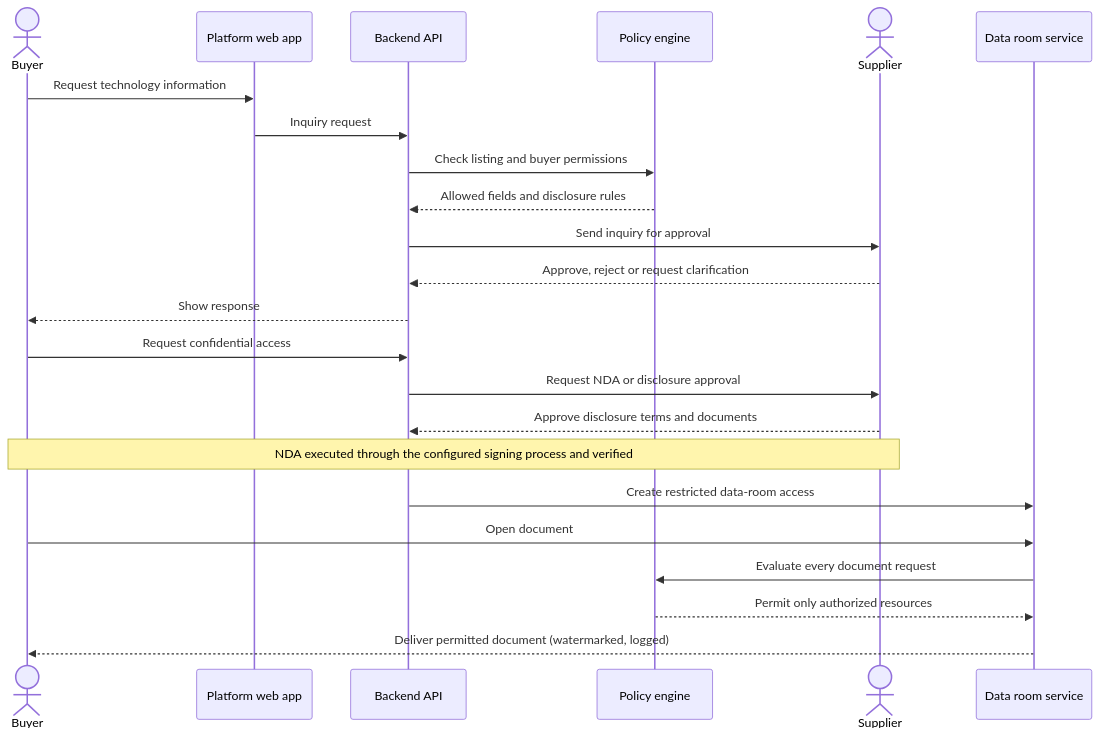
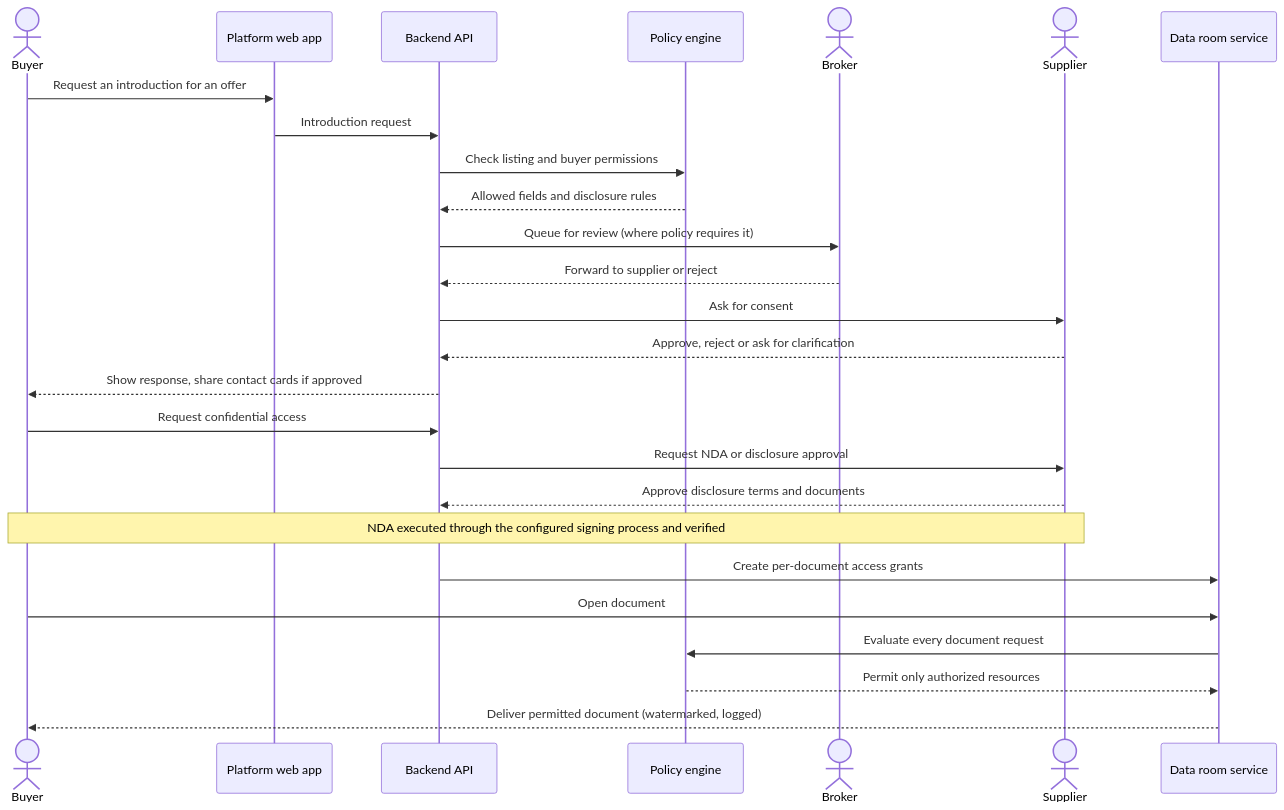
Diagram 11 of 21 in 05-system-design-blueprint.md (greensoft-atom/tex-platform), drawn with Mermaid before and after one commit. The commit also changed other lines of this file and 615 other files, not shown here.

````diff
--- a/05-system-design-blueprint.md
+++ b/05-system-design-blueprint.md
@@ -609,25 +680,28 @@
 ```mermaid
 sequenceDiagram
     actor Buyer
     participant UI as Platform web app
     participant API as Backend API
     participant POL as Policy engine
+    actor Broker
     actor Supplier
     participant DR as Data room service
-    Buyer->>UI: Request technology information
-    UI->>API: Inquiry request
+    Buyer->>UI: Request an introduction for an offer
+    UI->>API: Introduction request
     API->>POL: Check listing and buyer permissions
     POL-->>API: Allowed fields and disclosure rules
-    API->>Supplier: Send inquiry for approval
-    Supplier-->>API: Approve, reject or request clarification
-    API-->>Buyer: Show response
+    API->>Broker: Queue for review (where policy requires it)
+    Broker-->>API: Forward to supplier or reject
+    API->>Supplier: Ask for consent
+    Supplier-->>API: Approve, reject or ask for clarification
+    API-->>Buyer: Show response, share contact cards if approved
     Buyer->>API: Request confidential access
     API->>Supplier: Request NDA or disclosure approval
     Supplier-->>API: Approve disclosure terms and documents
     Note over Buyer,Supplier: NDA executed through the configured signing process and verified
-    API->>DR: Create restricted data-room access
+    API->>DR: Create per-document access grants
     Buyer->>DR: Open document
     DR->>POL: Evaluate every document request
     POL-->>DR: Permit only authorized resources
     DR-->>Buyer: Deliver permitted document (watermarked, logged)
 ```
````
